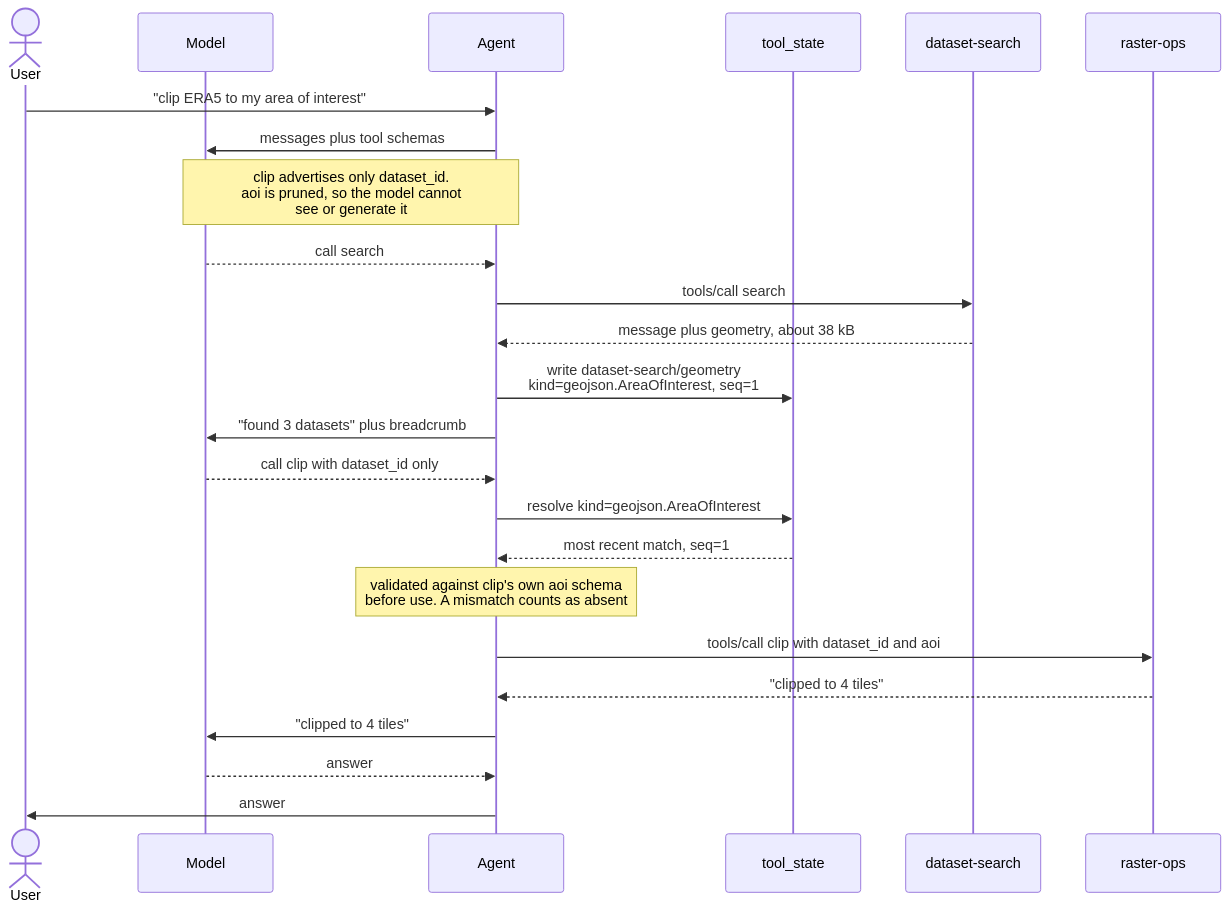
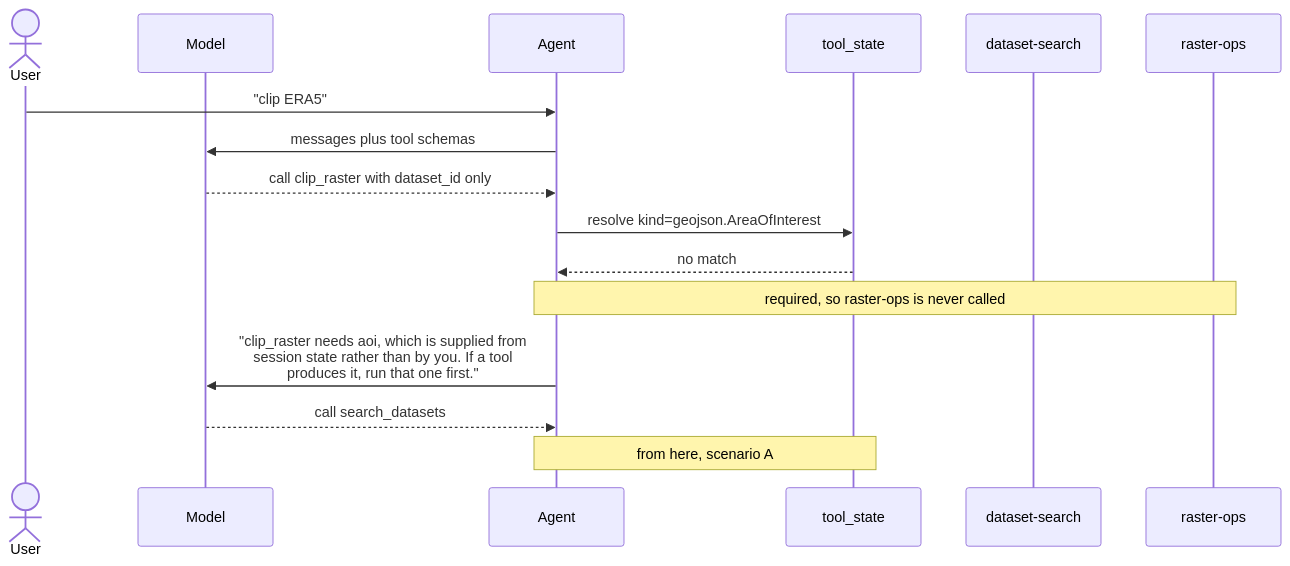
The fifth of 6 diagrams in docs/SESSION-STATE.md (developmentseed/mcp-toolsets-runtime), drawn with Mermaid before and after one commit. The commit also changed other lines of this file, not shown here.

First line of the commit message:
docs(state): lay out every scenario, with the decision as a diagram

````diff
--- a/docs/SESSION-STATE.md
+++ b/docs/SESSION-STATE.md
@@ -113,29 +182,19 @@
 ```mermaid
 sequenceDiagram
     actor U as User
     participant M as Model
     participant A as Agent
     participant S as tool_state
     participant D as dataset-search
     participant R as raster-ops
 
-    U->>A: "clip ERA5 to my area of interest"
+    U->>A: "clip ERA5"
     A->>M: messages plus tool schemas
-    Note over A,M: clip advertises only dataset_id.<br/>aoi is pruned, so the model cannot<br/>see or generate it
-
-    M-->>A: call search
-    A->>D: tools/call search
-    D-->>A: message plus geometry, about 38 kB
-    A->>S: write dataset-search/geometry<br/>kind=geojson.AreaOfInterest, seq=1
-    A->>M: "found 3 datasets" plus breadcrumb
-
-    M-->>A: call clip with dataset_id only
+    M-->>A: call clip_raster with dataset_id only
     A->>S: resolve kind=geojson.AreaOfInterest
-    S-->>A: most recent match, seq=1
-    Note over A: validated against clip's own aoi schema<br/>before use. A mismatch counts as absent
-    A->>R: tools/call clip with dataset_id and aoi
-    R-->>A: "clipped to 4 tiles"
-    A->>M: "clipped to 4 tiles"
-    M-->>A: answer
-    A->>U: answer
+    S-->>A: no match
+    Note over A,R: required, so raster-ops is never called
+    A->>M: "clip_raster needs aoi, which is supplied from<br/>session state rather than by you. If a tool<br/>produces it, run that one first."
+    M-->>A: call search_datasets
+    Note over A,S: from here, scenario A
 ```
````
